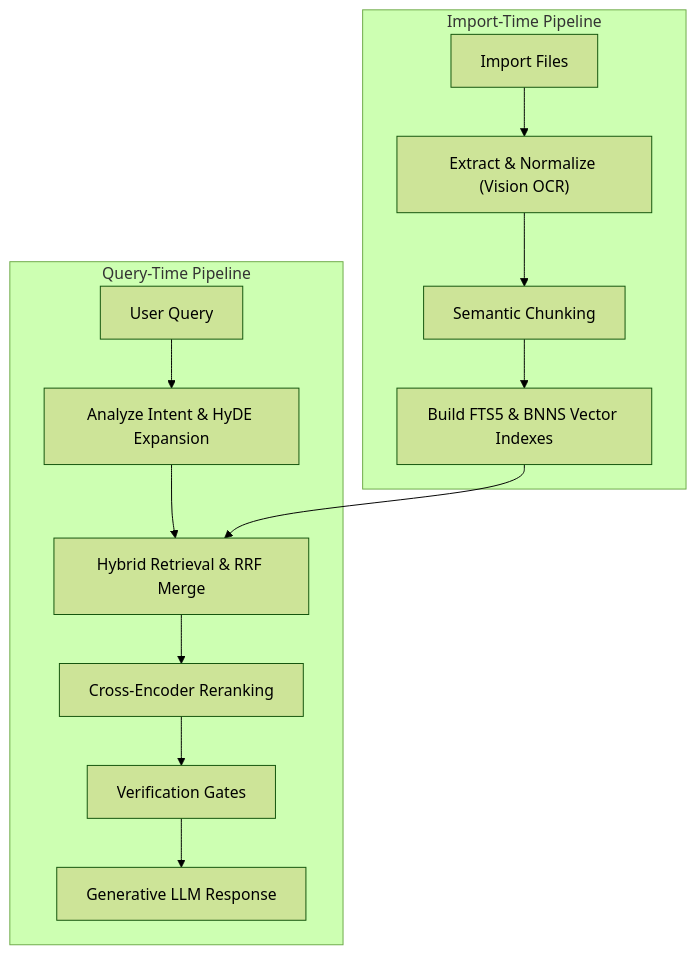
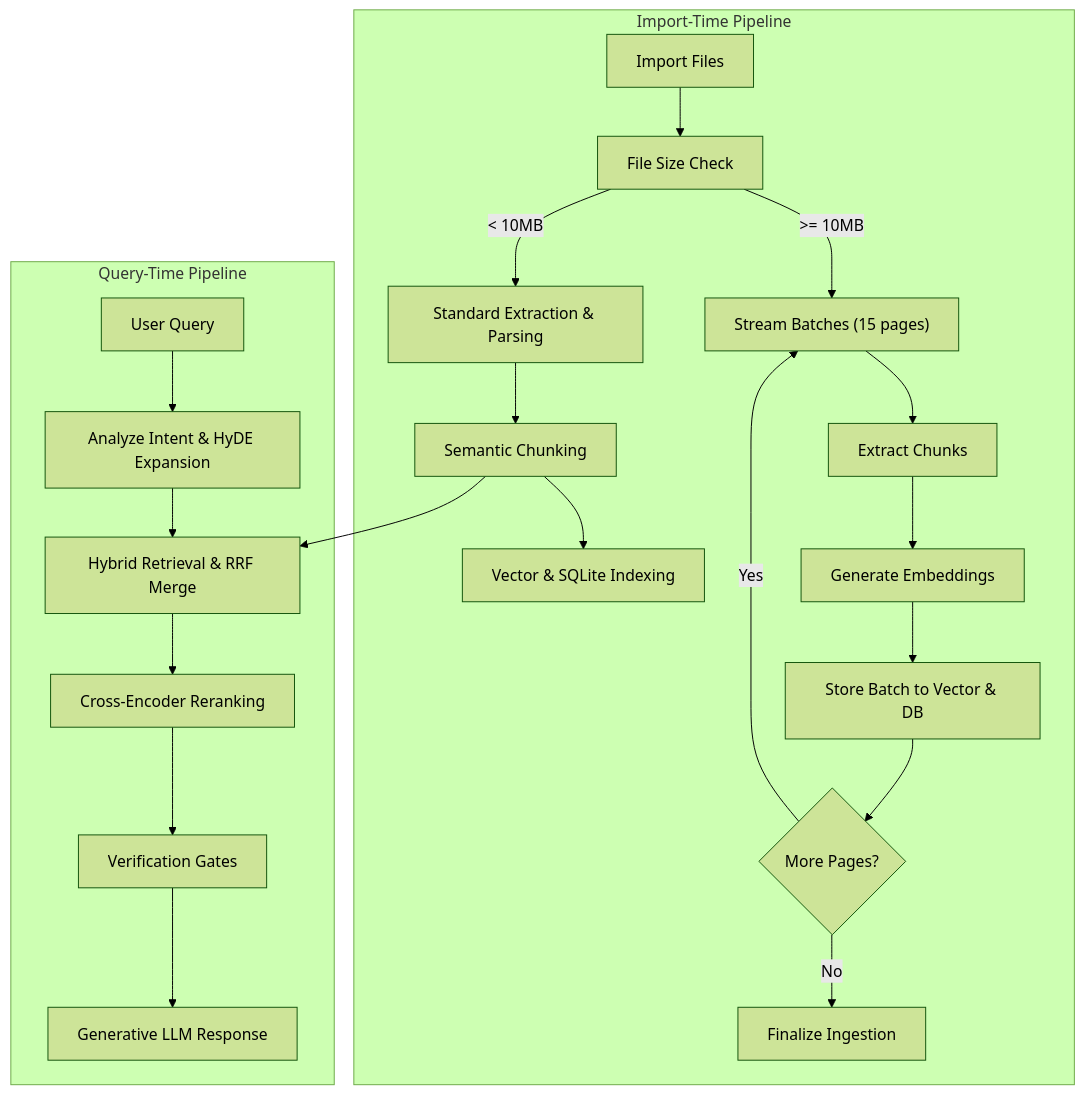
One commit to Gunnarguy/OpenIntelligence changed the diagram in README.md. Above: the diagram before and after it, drawn with Mermaid (forest theme). The commit also changed other lines of this file and 24 other files, not shown here.

Commit message:
Phase 2B: Implement large-document streaming ingestion, fix FTS5 truncation, resolve sync deletion race condition, and bump version to 4.5

````diff
--- a/README.md
+++ b/README.md
@@ -51,22 +54,31 @@
 ```mermaid
 flowchart TD
   subgraph INGEST["Import-Time Pipeline"]
     A1["Import Files"]
-    A2["Extract & Normalize (Vision OCR)"]
-    A3["Semantic Chunking"]
-    A4["Build FTS5 & BNNS Vector Indexes"]
-    A1 --> A2 --> A3 --> A4
+    A2["File Size Check"]
+    A1 --> A2
+    A2 -- "< 10MB" --> A3["Standard Extraction & Parsing"]
+    A3 --> A4["Semantic Chunking"]
+    A4 --> A5["Vector & SQLite Indexing"]
+    
+    A2 -- ">= 10MB" --> S1["Stream Batches (15 pages)"]
+    S1 --> S2["Extract Chunks"]
+    S2 --> S3["Generate Embeddings"]
+    S3 --> S4["Store Batch to Vector & DB"]
+    S4 --> S5{"More Pages?"}
+    S5 -- "Yes" --> S1
+    S5 -- "No" --> S6["Finalize Ingestion"]
   end
 
   subgraph QUERY["Query-Time Pipeline"]
     B1["User Query"]
     B2["Analyze Intent & HyDE Expansion"]
     B3["Hybrid Retrieval & RRF Merge"]
     B4["Cross-Encoder Reranking"]
     B5["Verification Gates"]
     B6["Generative LLM Response"]
     B1 --> B2 --> B3 --> B4 --> B5 --> B6
   end
 
   A4 --> B3
 ```
````
